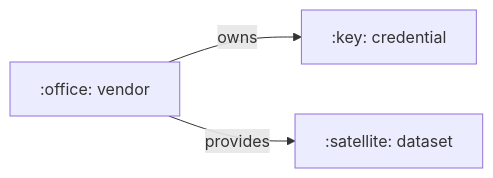
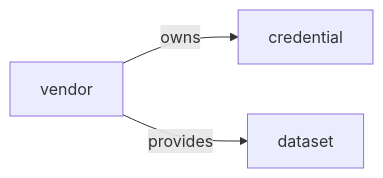
One commit to ThanuMahee12/AgentContext changed the ninth of 22 diagrams in docs/brainstorms/investigation-db.md. Above: the diagram before and after it, drawn with Mermaid. The commit also changed other lines of this file, not shown here.

Commit message:
docs: remove emoji shortcodes from mermaid diagrams

````diff
--- a/docs/brainstorms/investigation-db.md
+++ b/docs/brainstorms/investigation-db.md
@@ -217,5 +217,5 @@
 ```mermaid
 flowchart LR
-    V[":office: vendor"] -->|owns| C[":key: credential"]
-    V -->|provides| D[":satellite: dataset"]
+    V["vendor"] -->|owns| C["credential"]
+    V -->|provides| D["dataset"]
 ```
````
